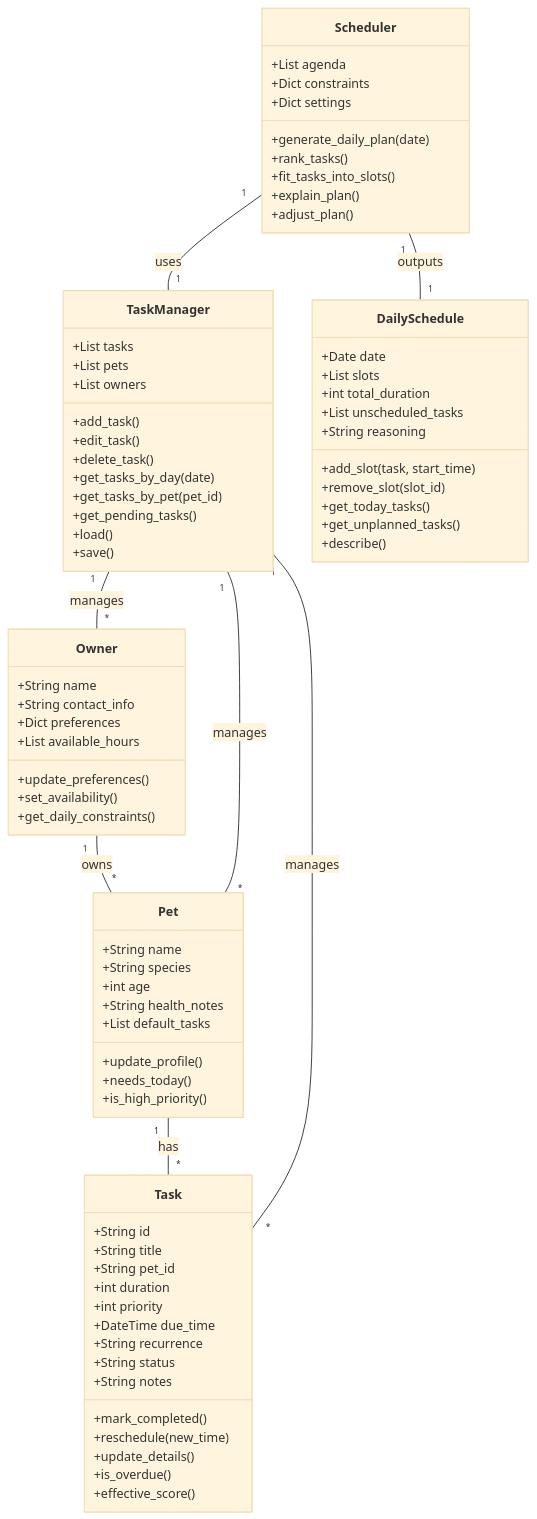
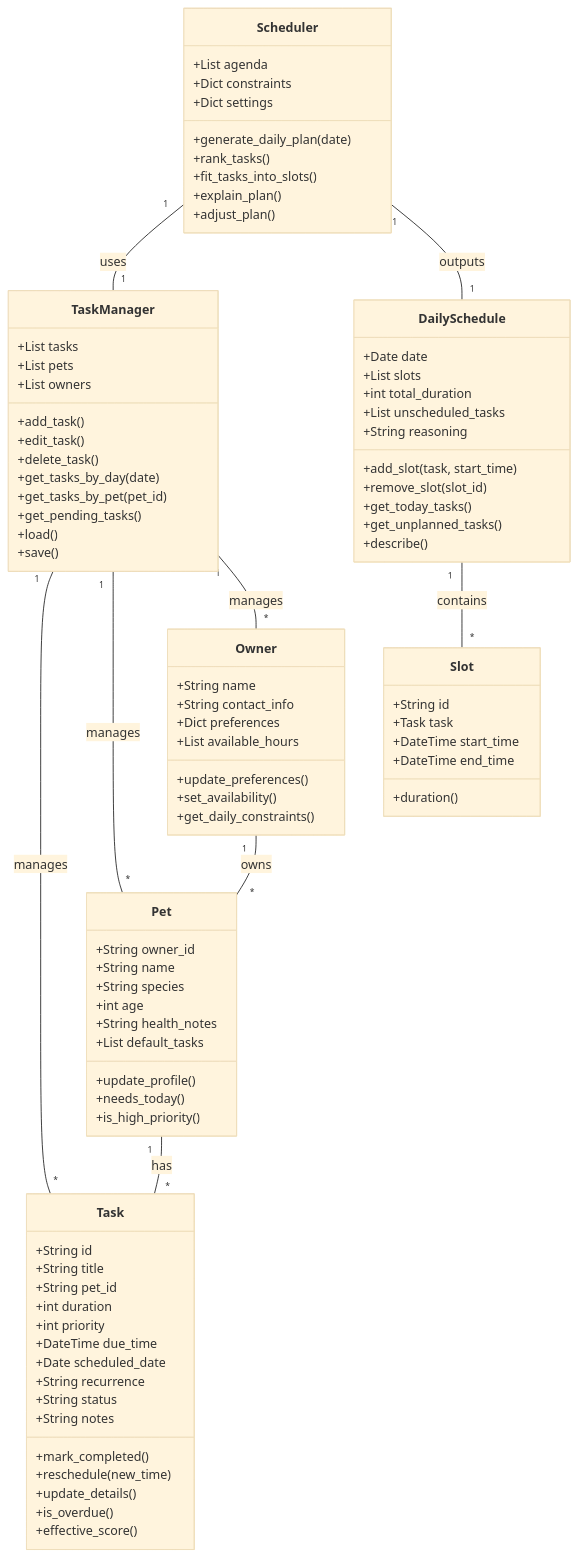
One commit to jon-tous/ai110-module2show-pawpal-starter changed the diagram in reflection.md. Above: the diagram before and after it, drawn with Mermaid (base theme). The commit also changed other lines of this file and 1 other file, not shown here.

Commit message:
document changes to finish phase 1

````diff
--- a/reflection.md
+++ b/reflection.md
@@ -79,6 +79,7 @@
     }
 
     class Pet {
+        +String owner_id
         +String name
         +String species
         +int age
@@ -96,6 +97,7 @@
         +int duration
         +int priority
         +DateTime due_time
+        +Date scheduled_date
         +String recurrence
         +String status
         +String notes
@@ -104,6 +106,14 @@
         +update_details()
         +is_overdue()
         +effective_score()
+    }
+
+    class Slot {
+        +String id
+        +Task task
+        +DateTime start_time
+        +DateTime end_time
+        +duration()
     }
 
     class TaskManager {
@@ -151,4 +161,5 @@
     TaskManager "1" -- "*" Owner : manages
     Scheduler "1" -- "1" TaskManager : uses
     Scheduler "1" -- "1" DailySchedule : outputs
+    DailySchedule "1" -- "*" Slot : contains
 ```
````
